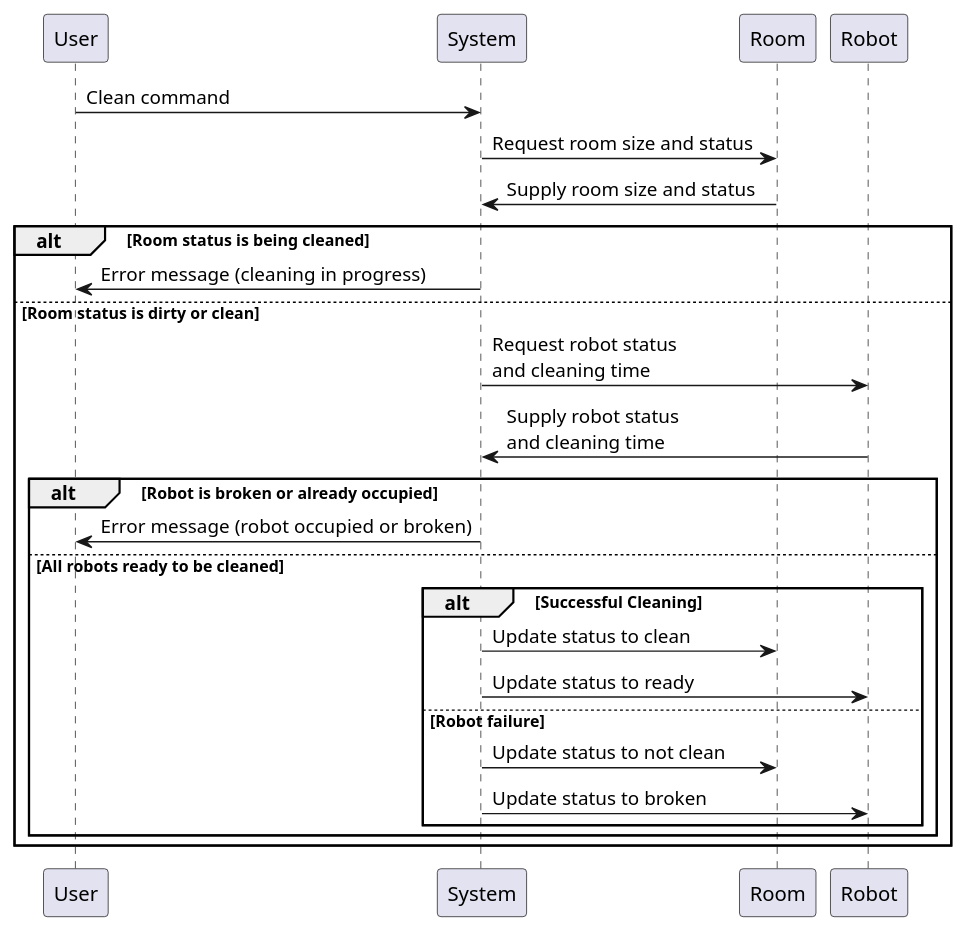
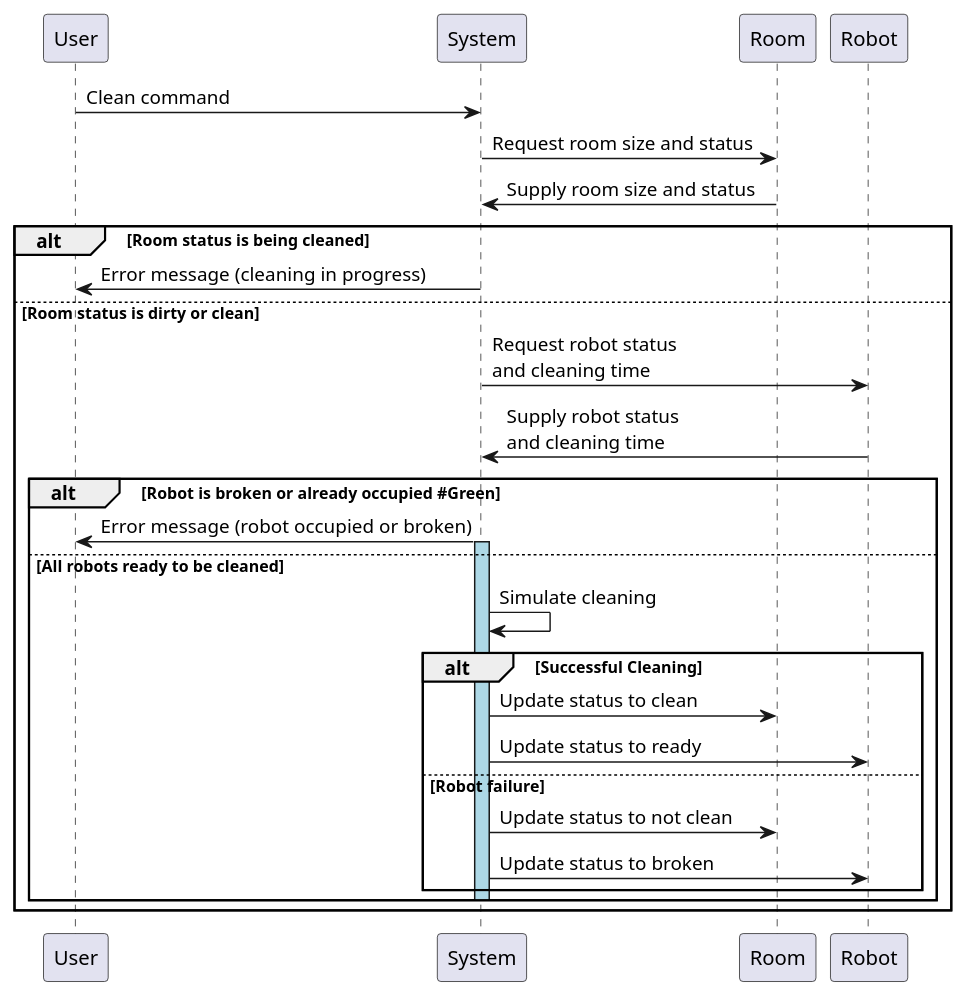
Before and after one commit to arisk02/robot-fleet-management-system: the diagram in docs/design/sequence_diagrams/clean_room_seq_diag.puml, drawn with PlantUML.

Commit message:
added a lifeline for the cleaning simulation

```diff
--- a/docs/design/sequence_diagrams/clean_room_seq_diag.puml
+++ b/docs/design/sequence_diagrams/clean_room_seq_diag.puml
@@ -1,23 +1,26 @@
 @startuml
 User -> System : Clean command
 System -> Room : Request room size and status
 Room -> System : Supply room size and status
-alt Room status is being cleaned
+alt Room status is being cleaned 
     System -> User : Error message (cleaning in progress)
 else Room status is dirty or clean
     System -> Robot : Request robot status\nand cleaning time 
     Robot -> System : Supply robot status\nand cleaning time
-    alt Robot is broken or already occupied
+    alt Robot is broken or already occupied #Green
         System -> User : Error message (robot occupied or broken)
     else All robots ready to be cleaned
+        activate System #LightBlue
+        System -> System : Simulate cleaning
         alt Successful Cleaning
             System -> Room : Update status to clean
             System -> Robot : Update status to ready
         else Robot failure
             System -> Room : Update status to not clean
             System -> Robot : Update status to broken
         end
+        deactivate System
     end
 end
 
 @enduml
```
